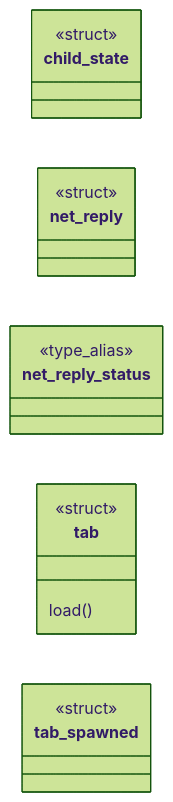
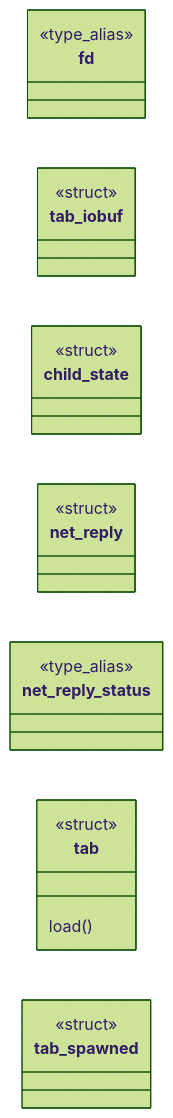
One commit to grisuno/FreeDom changed the first of 2 diagrams in readmenator-apidocs/modules/src.tab.c.md. Above: the diagram before and after it, drawn with Mermaid (forest theme). The commit also changed other lines of this file and 205 other files, not shown here.

````diff
--- a/readmenator-apidocs/modules/src.tab.c.md
+++ b/readmenator-apidocs/modules/src.tab.c.md
@@ -13,15 +14,19 @@
 ```mermaid
 classDiagram
     direction LR
+    class fd
+    <<type_alias>> fd
+    class tab_iobuf
+    <<struct>> tab_iobuf
     class child_state
     <<struct>> child_state
     class net_reply
     <<struct>> net_reply
     class net_reply_status
     <<type_alias>> net_reply_status
     class tab
     <<struct>> tab
     tab : load()
     class tab_spawned
     <<struct>> tab_spawned
 ```
````
